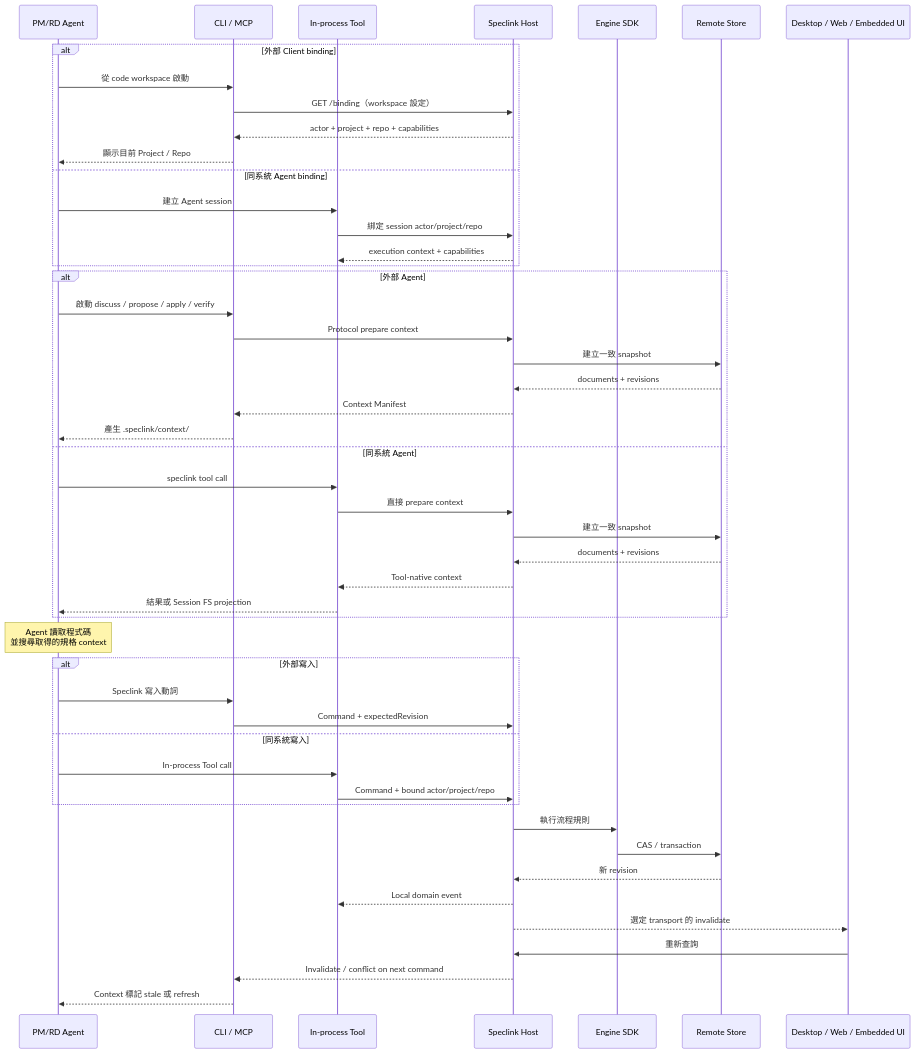
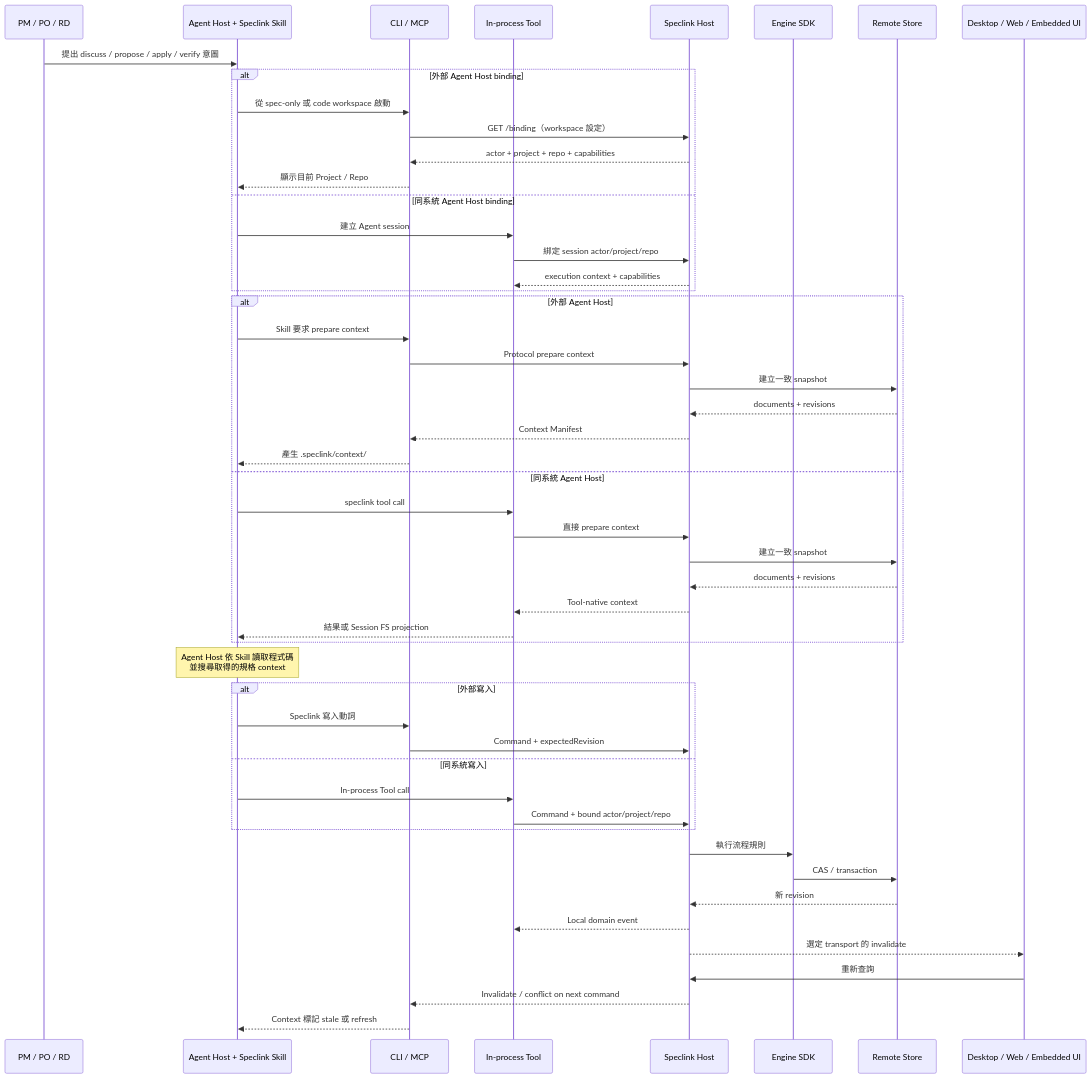
Before and after one commit to MomoChenisMe/speclink: the third of 8 diagrams in docs/platform-architecture.zh-TW.md, drawn with Mermaid. The commit also changed other lines of this file and 15 other files, not shown here.

First line of the commit message:
docs(platform): 定稿平台架構藍圖並收攏為唯一文件基準

````diff
--- a/docs/platform-architecture.zh-TW.md
+++ b/docs/platform-architecture.zh-TW.md
@@ -437,56 +555,59 @@
 ```mermaid
 sequenceDiagram
-    participant A as PM/RD Agent
+    participant U as PM / PO / RD
+    participant A as Agent Host + Speclink Skill
     participant C as CLI / MCP
     participant T as In-process Tool
     participant H as Speclink Host
     participant E as Engine SDK
     participant S as Remote Store
     participant UI as Desktop / Web / Embedded UI
 
-    alt 外部 Client binding
-        A->>C: 從 code workspace 啟動
+    U->>A: 提出 discuss / propose / apply / verify 意圖
+
+    alt 外部 Agent Host binding
+        A->>C: 從 spec-only 或 code workspace 啟動
         C->>H: GET /binding（workspace 設定）
         H-->>C: actor + project + repo + capabilities
         C-->>A: 顯示目前 Project / Repo
-    else 同系統 Agent binding
+    else 同系統 Agent Host binding
         A->>T: 建立 Agent session
         T->>H: 綁定 session actor/project/repo
         H-->>T: execution context + capabilities
     end
 
-    alt 外部 Agent
-        A->>C: 啟動 discuss / propose / apply / verify
+    alt 外部 Agent Host
+        A->>C: Skill 要求 prepare context
         C->>H: Protocol prepare context
         H->>S: 建立一致 snapshot
         S-->>H: documents + revisions
         H-->>C: Context Manifest
         C-->>A: 產生 .speclink/context/
-    else 同系統 Agent
+    else 同系統 Agent Host
         A->>T: speclink tool call
         T->>H: 直接 prepare context
         H->>S: 建立一致 snapshot
         S-->>H: documents + revisions
         H-->>T: Tool-native context
         T-->>A: 結果或 Session FS projection
     end
 
-    Note over A: Agent 讀取程式碼<br/>並搜尋取得的規格 context
+    Note over A: Agent Host 依 Skill 讀取程式碼<br/>並搜尋取得的規格 context
 
     alt 外部寫入
         A->>C: Speclink 寫入動詞
         C->>H: Command + expectedRevision
     else 同系統寫入
         A->>T: In-process Tool call
         T->>H: Command + bound actor/project/repo
     end
 
     H->>E: 執行流程規則
     E->>S: CAS / transaction
     S-->>H: 新 revision
     H-->>T: Local domain event
     H-->>UI: 選定 transport 的 invalidate
     UI->>H: 重新查詢
     H-->>C: Invalidate / conflict on next command
     C-->>A: Context 標記 stale 或 refresh
 ```
````
